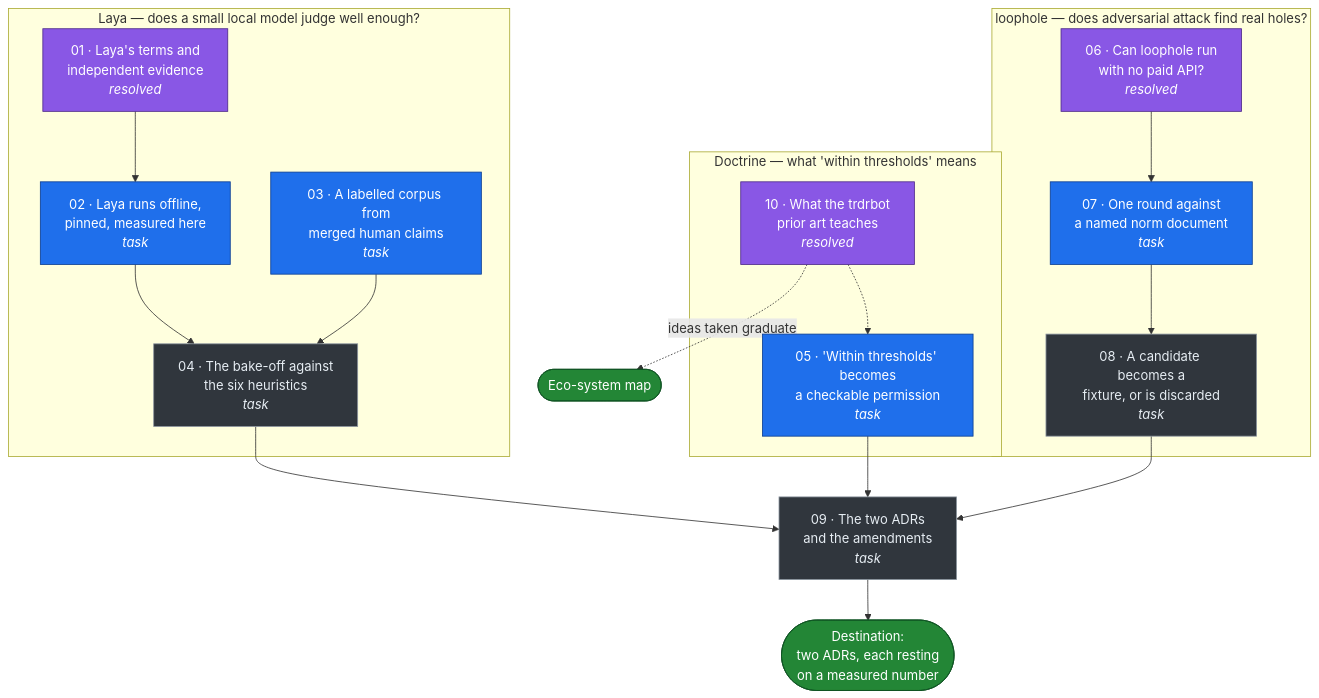
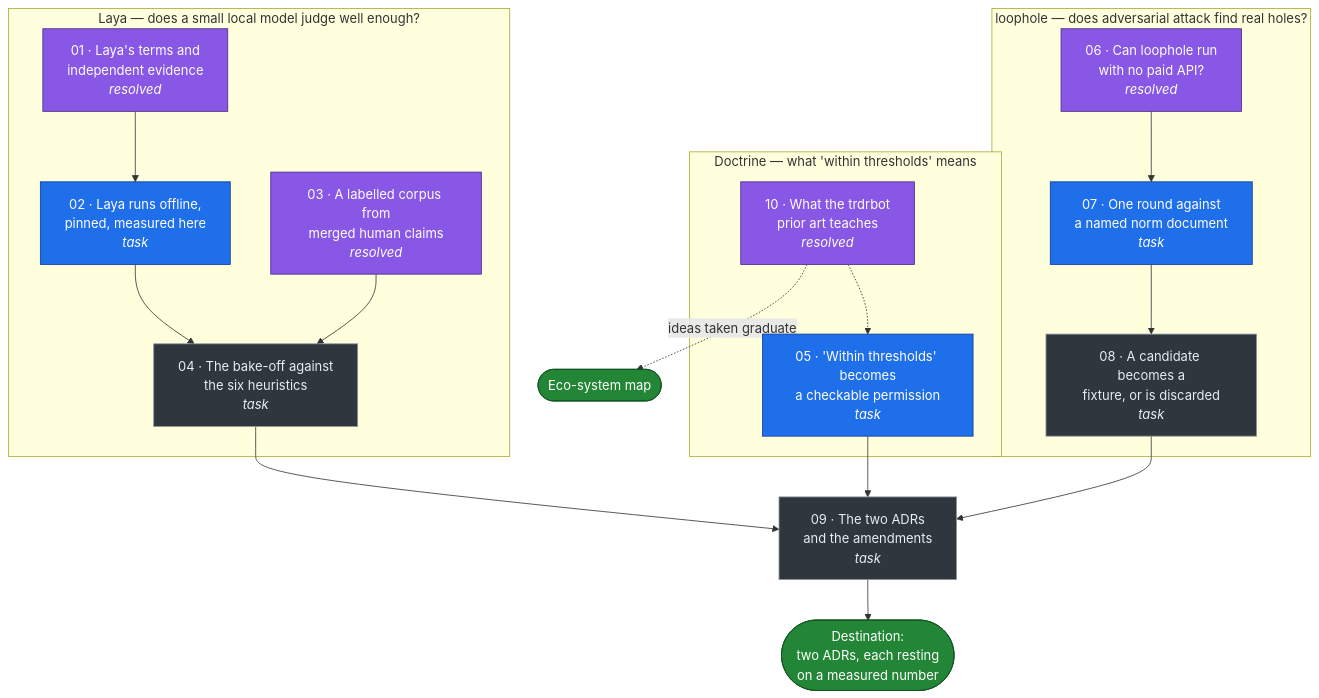
One commit to policy-as-versioned-flux/policy-as-versioned-flux changed the diagram in .scratch/laya-loophole/map.md. Above: the diagram before and after it, drawn with Mermaid. The commit also changed other lines of this file and 7 other files, not shown here.

First line of the commit message:
wayfinder ticket 03: the merged human claims give one labelled item

````diff
--- a/.scratch/laya-loophole/map.md
+++ b/.scratch/laya-loophole/map.md
@@ -139,40 +164,40 @@
 ```mermaid
 flowchart TD
     subgraph laya["Laya — does a small local model judge well enough?"]
         T01["01 · Laya's terms and<br/>independent evidence<br/><i>resolved</i>"]
         T02["02 · Laya runs offline,<br/>pinned, measured here<br/><i>task</i>"]
-        T03["03 · A labelled corpus from<br/>merged human claims<br/><i>task</i>"]
+        T03["03 · A labelled corpus from<br/>merged human claims<br/><i>resolved</i>"]
         T04["04 · The bake-off against<br/>the six heuristics<br/><i>task</i>"]
         T01 --> T02 --> T04
         T03 --> T04
     end
 
     subgraph doctrine["Doctrine — what 'within thresholds' means"]
         T10["10 · What the trdrbot<br/>prior art teaches<br/><i>resolved</i>"]
         T05["05 · 'Within thresholds' becomes<br/>a checkable permission<br/><i>task</i>"]
         T10 -.-> T05
     end
 
     subgraph loophole["loophole — does adversarial attack find real holes?"]
         T06["06 · Can loophole run<br/>with no paid API?<br/><i>resolved</i>"]
         T07["07 · One round against<br/>a named norm document<br/><i>task</i>"]
         T08["08 · A candidate becomes a<br/>fixture, or is discarded<br/><i>task</i>"]
         T06 --> T07 --> T08
     end
 
     T09["09 · The two ADRs<br/>and the amendments<br/><i>task</i>"]
     T04 --> T09
     T05 --> T09
     T08 --> T09
     T09 --> DEST(["Destination:<br/>two ADRs, each resting<br/>on a measured number"])
     T10 -. "ideas taken graduate" .-> ECO(["Eco-system map"])
 
     classDef frontier fill:#1f6feb,stroke:#0b3d91,color:#fff
     classDef blocked fill:#30363d,stroke:#8b949e,color:#e6edf3
     classDef done fill:#8957e5,stroke:#4c2889,color:#fff
     classDef dest fill:#238636,stroke:#0f5323,color:#fff
-    class T02,T03,T05,T07 frontier
+    class T02,T05,T07 frontier
     class T04,T08,T09 blocked
-    class T01,T06,T10 done
+    class T01,T03,T06,T10 done
     class DEST,ECO dest
 ```
````
